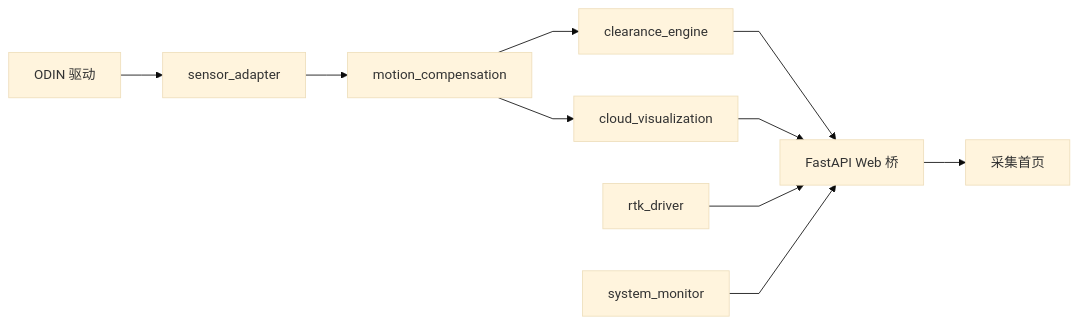
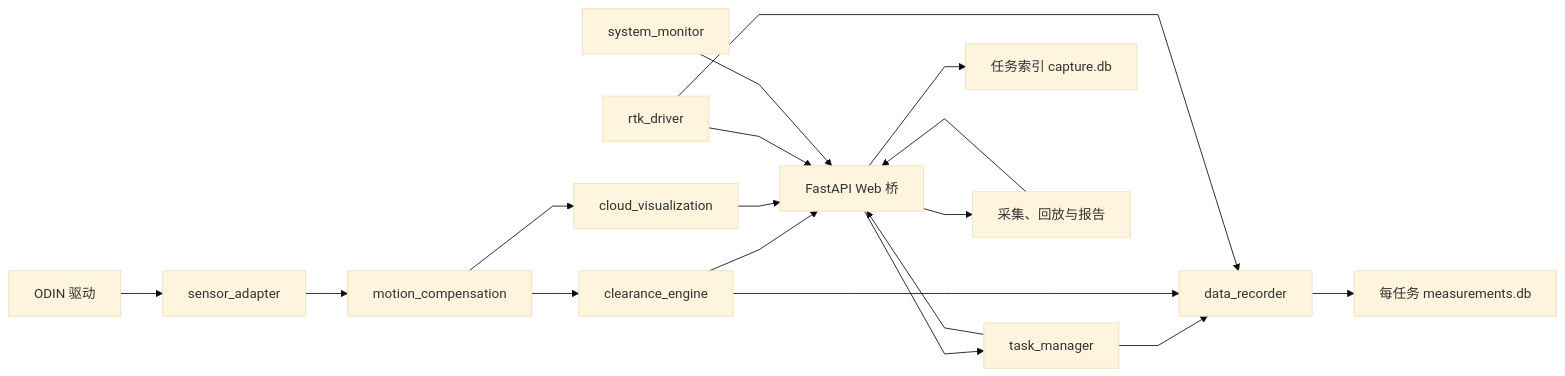
Before and after one commit to chuan126/capture_system: the second of 3 diagrams in docs/architecture/#U7cfb#U7edf#U603b#U4f53#U67b6#U6784.md, drawn with Mermaid (base theme). The commit also changed other lines of this file and 168 other files, not shown here.

````diff
--- a/docs/architecture/#U7cfb#U7edf#U603b#U4f53#U67b6#U6784.md
+++ b/docs/architecture/#U7cfb#U7edf#U603b#U4f53#U67b6#U6784.md
@@ -26,19 +26,28 @@
 ```mermaid
 %%{init: {"flowchart": {"curve": "linear"}}}%%
 flowchart LR
     ODIN["ODIN 驱动"]
     ADAPTER["sensor_adapter"]
     MOTION["motion_compensation"]
     CLEARANCE["clearance_engine"]
     PREVIEW["cloud_visualization"]
     RTK["rtk_driver"]
     MONITOR["system_monitor"]
+    TASK["task_manager"]
+    RECORD["data_recorder"]
+    INDEX["任务索引 capture.db"]
+    STORE["每任务 measurements.db"]
     WEB["FastAPI Web 桥"]
-    UI["采集首页"]
+    UI["采集、回放与报告"]
 
     ODIN --> ADAPTER --> MOTION
     MOTION --> CLEARANCE --> WEB
     MOTION --> PREVIEW --> WEB
     RTK --> WEB
     MONITOR --> WEB --> UI
+    UI --> WEB --> INDEX
+    WEB --> TASK --> RECORD --> STORE
+    CLEARANCE --> RECORD
+    RTK --> RECORD
+    TASK --> WEB
 ```
````
